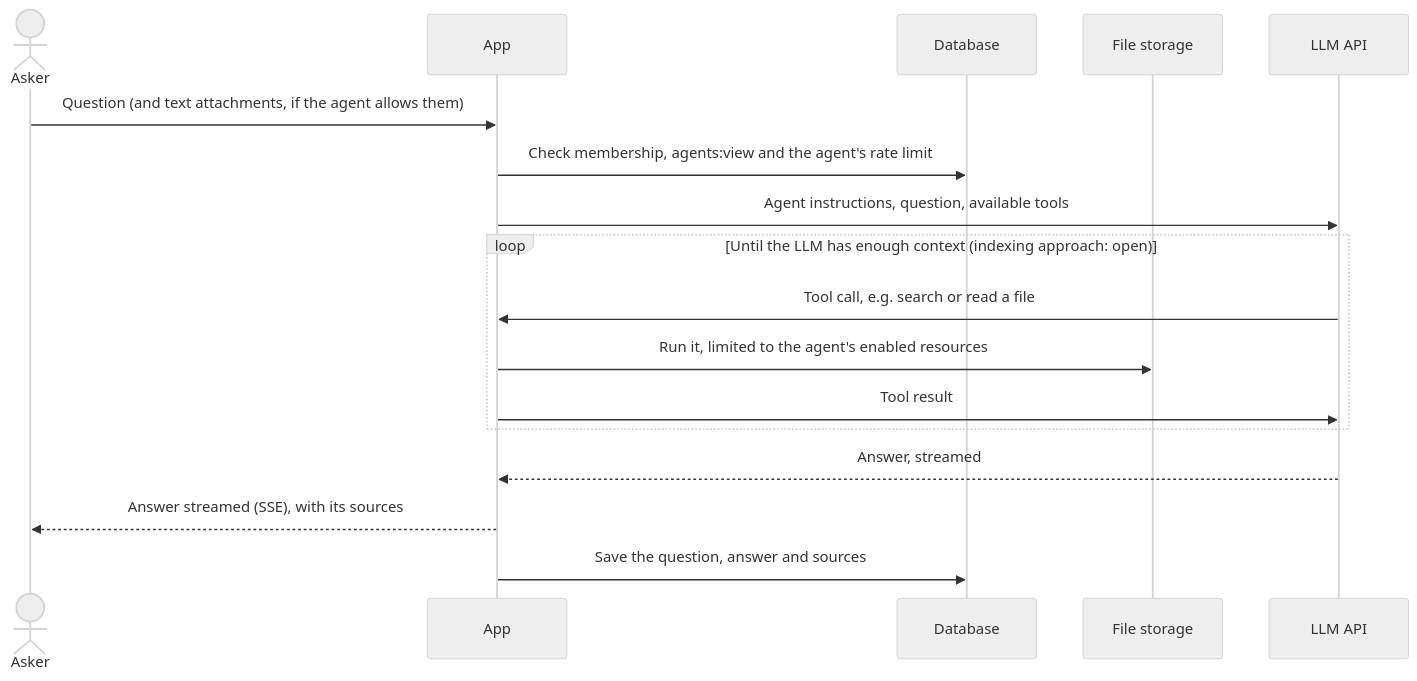
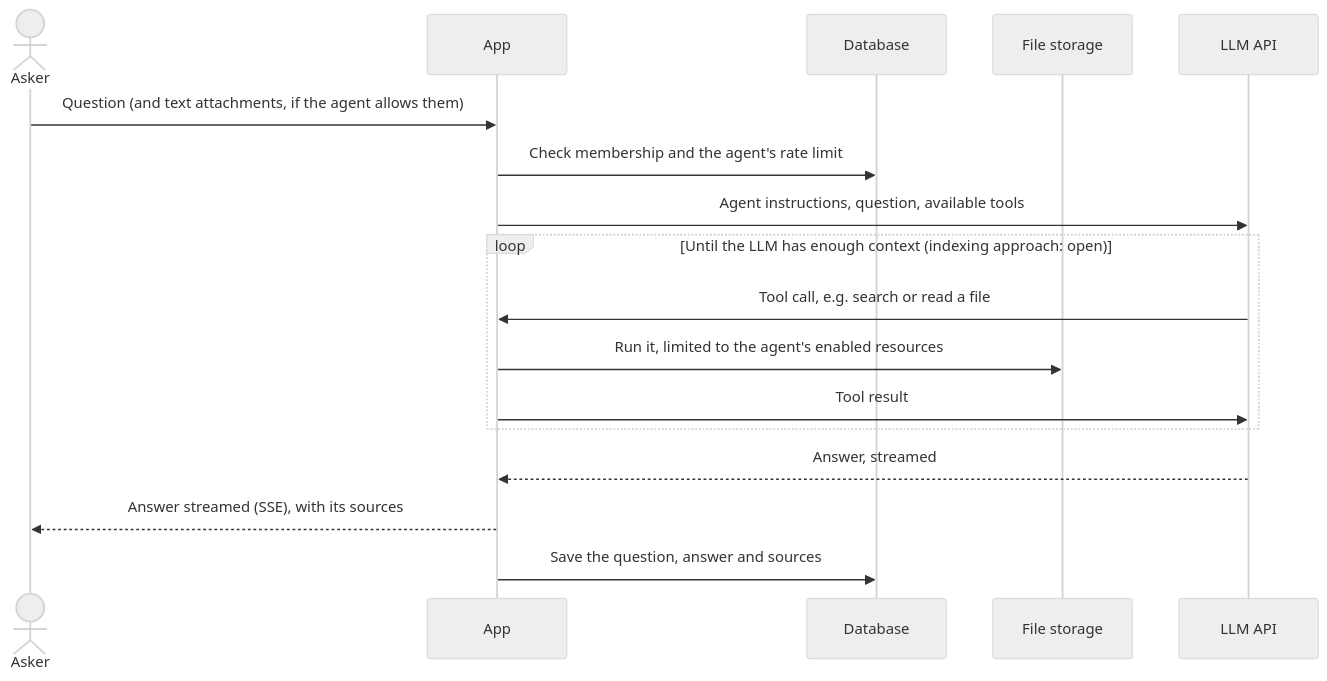
Before and after one commit to urtuba/repo-speaks: the third of 4 diagrams in ARCHITECTURE.md, drawn with Mermaid (neutral theme). The commit also changed other lines of this file and 3 other files, not shown here.

````diff
--- a/ARCHITECTURE.md
+++ b/ARCHITECTURE.md
@@ -66,20 +66,20 @@
 ```mermaid
 sequenceDiagram
     actor Asker
     participant App
     participant DB as Database
     participant Files as File storage
     participant LLM as LLM API
 
     Asker->>App: Question (and text attachments, if the agent allows them)
-    App->>DB: Check membership, agents:view and the agent's rate limit
+    App->>DB: Check membership and the agent's rate limit
     App->>LLM: Agent instructions, question, available tools
     loop Until the LLM has enough context (indexing approach: open)
         LLM->>App: Tool call, e.g. search or read a file
         App->>Files: Run it, limited to the agent's enabled resources
         App->>LLM: Tool result
     end
     LLM-->>App: Answer, streamed
     App-->>Asker: Answer streamed (SSE), with its sources
     App->>DB: Save the question, answer and sources
 ```
````
